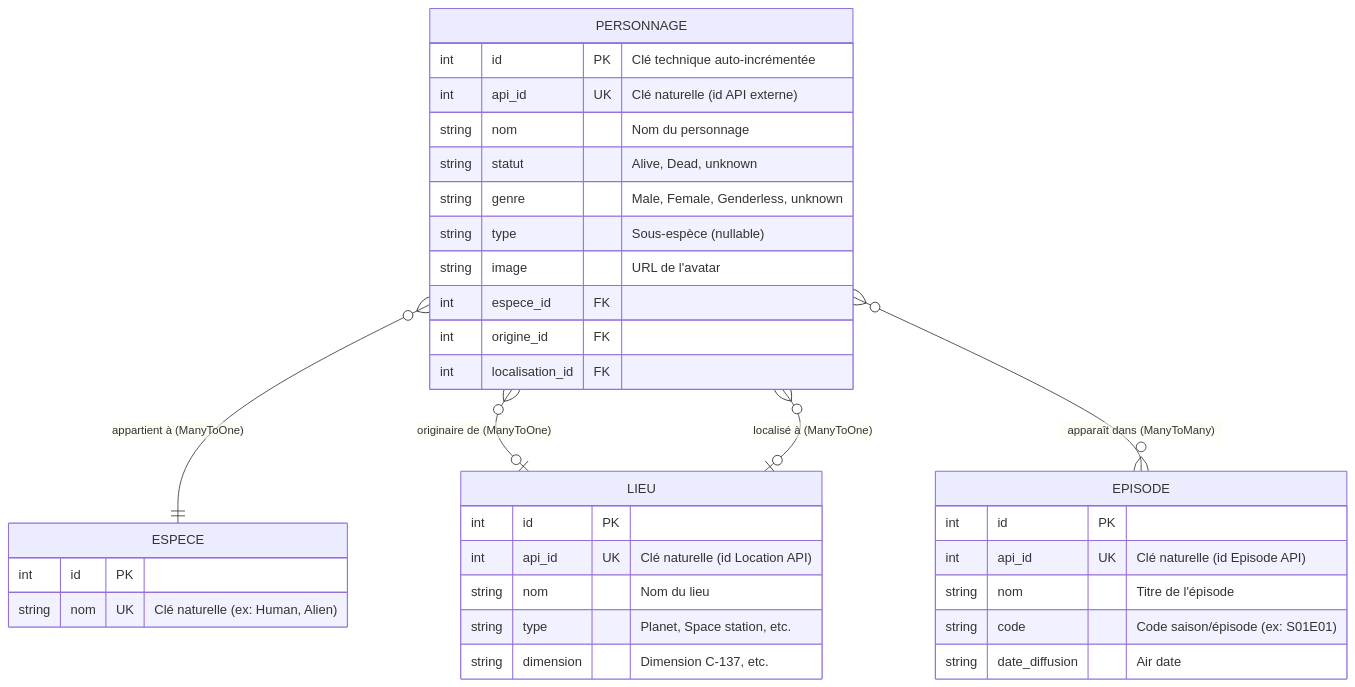
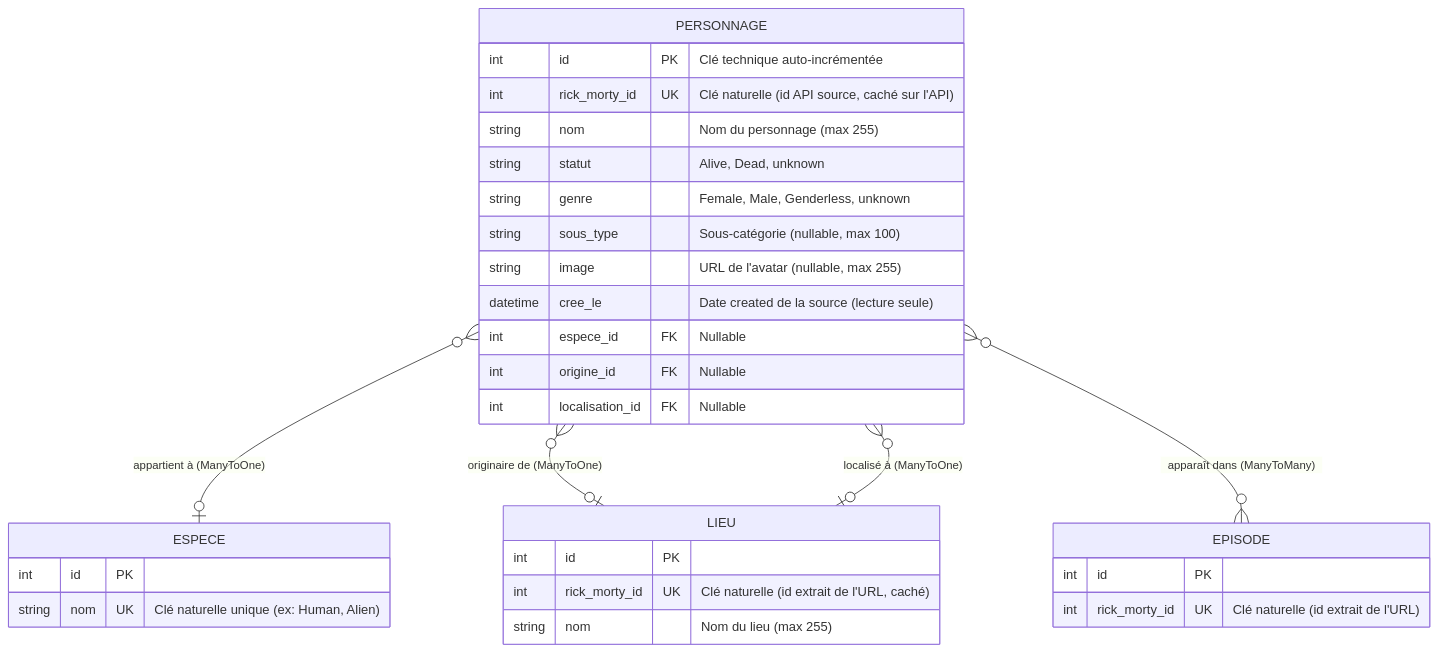
Before and after one commit to LoubnaAbbar/RickandMorty: the diagram in README.md, drawn with Mermaid. The commit also changed other lines of this file and 1 other file, not shown here.

````diff
--- a/README.md
+++ b/README.md
@@ -58,41 +67,37 @@
 ```mermaid
 erDiagram
     PERSONNAGE {
         int id PK "Clé technique auto-incrémentée"
-        int api_id UK "Clé naturelle (id API externe)"
-        string nom "Nom du personnage"
+        int rick_morty_id UK "Clé naturelle (id API source, caché sur l'API)"
+        string nom "Nom du personnage (max 255)"
         string statut "Alive, Dead, unknown"
-        string genre "Male, Female, Genderless, unknown"
-        string type "Sous-espèce (nullable)"
-        string image "URL de l'avatar"
-        int espece_id FK
-        int origine_id FK
-        int localisation_id FK
+        string genre "Female, Male, Genderless, unknown"
+        string sous_type "Sous-catégorie (nullable, max 100)"
+        string image "URL de l'avatar (nullable, max 255)"
+        datetime cree_le "Date created de la source (lecture seule)"
+        int espece_id FK "Nullable"
+        int origine_id FK "Nullable"
+        int localisation_id FK "Nullable"
     }
 
     ESPECE {
         int id PK
-        string nom UK "Clé naturelle (ex: Human, Alien)"
+        string nom UK "Clé naturelle unique (ex: Human, Alien)"
     }
 
     LIEU {
         int id PK
-        int api_id UK "Clé naturelle (id Location API)"
-        string nom "Nom du lieu"
-        string type "Planet, Space station, etc."
-        string dimension "Dimension C-137, etc."
+        int rick_morty_id UK "Clé naturelle (id extrait de l'URL, caché)"
+        string nom "Nom du lieu (max 255)"
     }
 
     EPISODE {
         int id PK
-        int api_id UK "Clé naturelle (id Episode API)"
-        string nom "Titre de l'épisode"
-        string code "Code saison/épisode (ex: S01E01)"
-        string date_diffusion "Air date"
+        int rick_morty_id UK "Clé naturelle (id extrait de l'URL)"
     }
 
-    PERSONNAGE }o--|| ESPECE : "appartient à (ManyToOne)"
+    PERSONNAGE }o--o| ESPECE : "appartient à (ManyToOne)"
     PERSONNAGE }o--o| LIEU : "originaire de (ManyToOne)"
     PERSONNAGE }o--o| LIEU : "localisé à (ManyToOne)"
     PERSONNAGE }o--o{ EPISODE : "apparaît dans (ManyToMany)"
 ```
````
